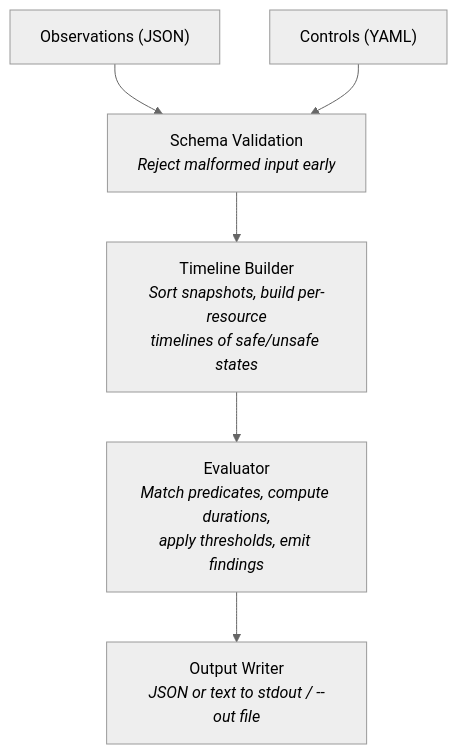
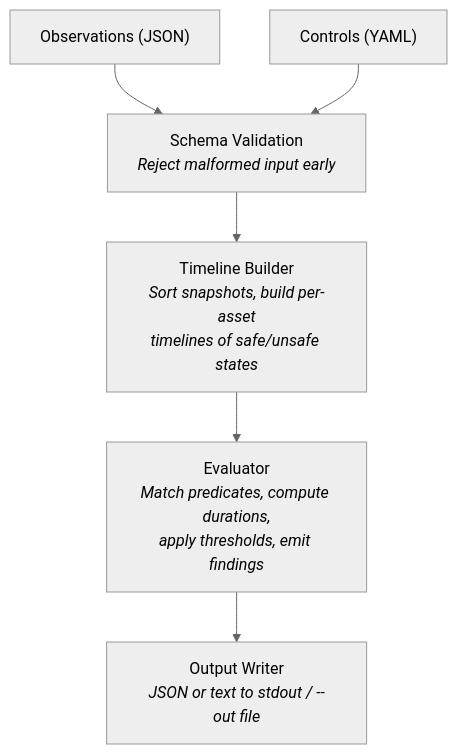
Before and after one commit to sufield/stave: the first of 2 diagrams in docs/architecture/overview.md, drawn with Mermaid (neutral theme). The commit also changed 647 other files, not shown here.

````diff
--- a/docs/architecture/overview.md
+++ b/docs/architecture/overview.md
@@ -14,8 +14,8 @@
 ```mermaid
 flowchart TD
     obs["Observations (JSON)"] --> sv["Schema Validation\n<i>Reject malformed input early</i>"]
     ctl["Controls (YAML)"] --> sv
-    sv --> tb["Timeline Builder\n<i>Sort snapshots, build per-resource\ntimelines of safe/unsafe states</i>"]
+    sv --> tb["Timeline Builder\n<i>Sort snapshots, build per-asset\ntimelines of safe/unsafe states</i>"]
     tb --> ev["Evaluator\n<i>Match predicates, compute durations,\napply thresholds, emit findings</i>"]
     ev --> ow["Output Writer\n<i>JSON or text to stdout / --out file</i>"]
 ```
````
